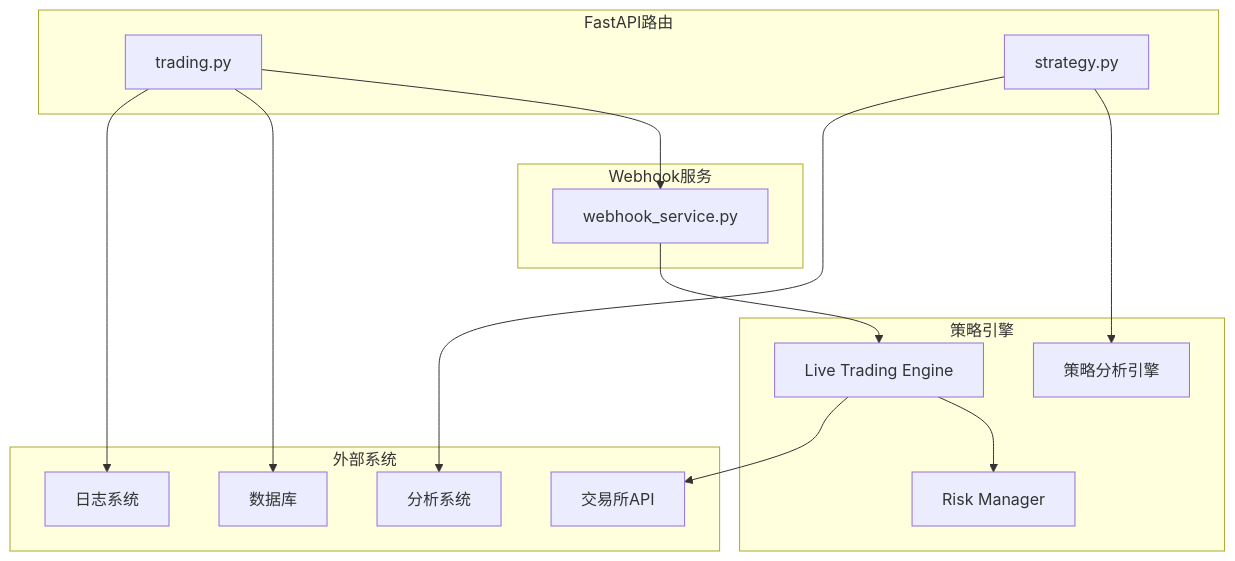
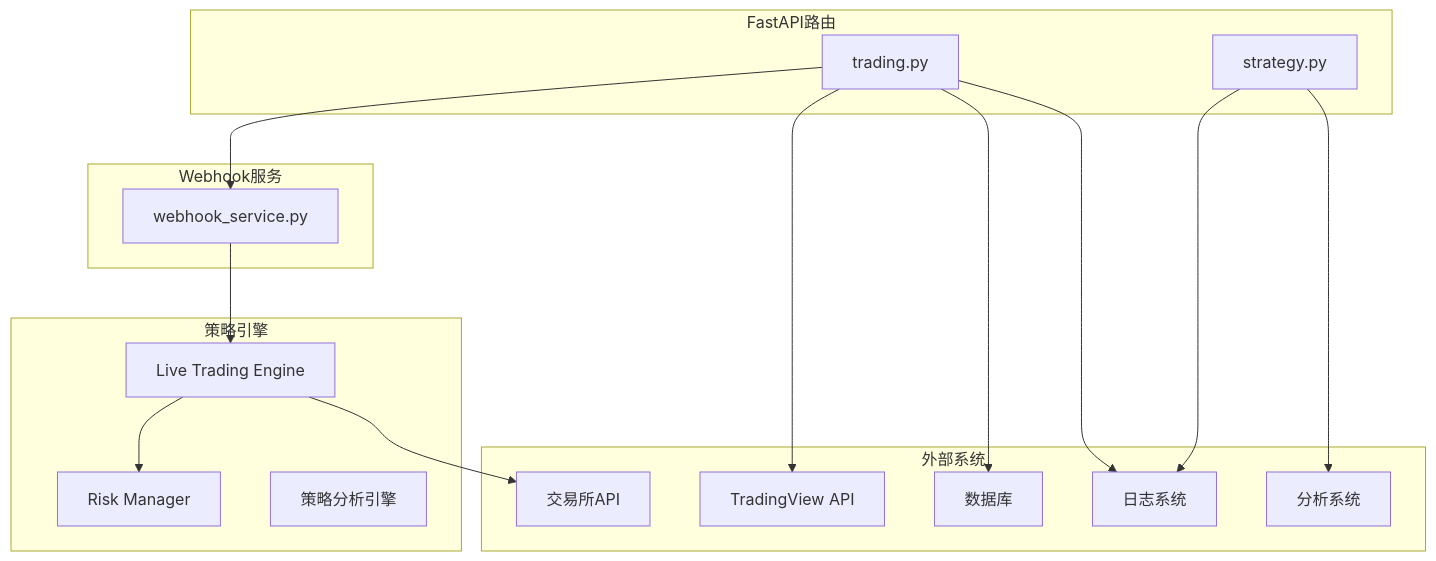
One commit to zyf266/ending changed diagram 11 of 11 in .qoder/repowiki/zh/content/可视化界面/交易控制界面.md. Above: the diagram before and after it, drawn with Mermaid. The commit also changed other lines of this file and 60 other files, not shown here.

````diff
--- a/.qoder/repowiki/zh/content/可视化界面/交易控制界面.md
+++ b/.qoder/repowiki/zh/content/可视化界面/交易控制界面.md
@@ -437,29 +561,31 @@
 ```mermaid
 graph TB
 subgraph "FastAPI路由"
 A[trading.py]
 B[strategy.py]
 end
 subgraph "Webhook服务"
 C[webhook_service.py]
 end
 subgraph "策略引擎"
 D[Live Trading Engine]
 E[Risk Manager]
 F[策略分析引擎]
 end
 subgraph "外部系统"
 G[交易所API]
-H[数据库]
-I[日志系统]
-J[分析系统]
+H[TradingView API]
+I[数据库]
+J[日志系统]
+K[分析系统]
 end
 A --> C
 A --> H
-B --> F
+A --> I
+B --> K
 C --> D
 D --> E
 D --> G
 B --> J
-A --> I
+A --> J
 ```
````
